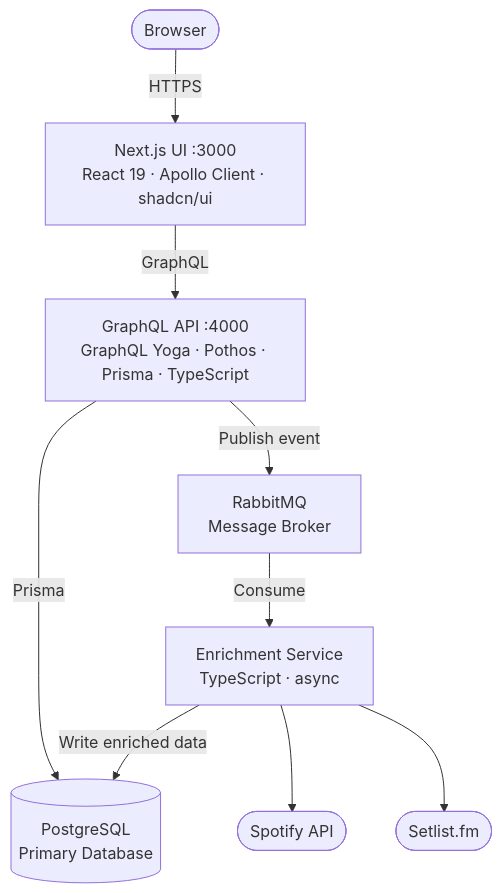
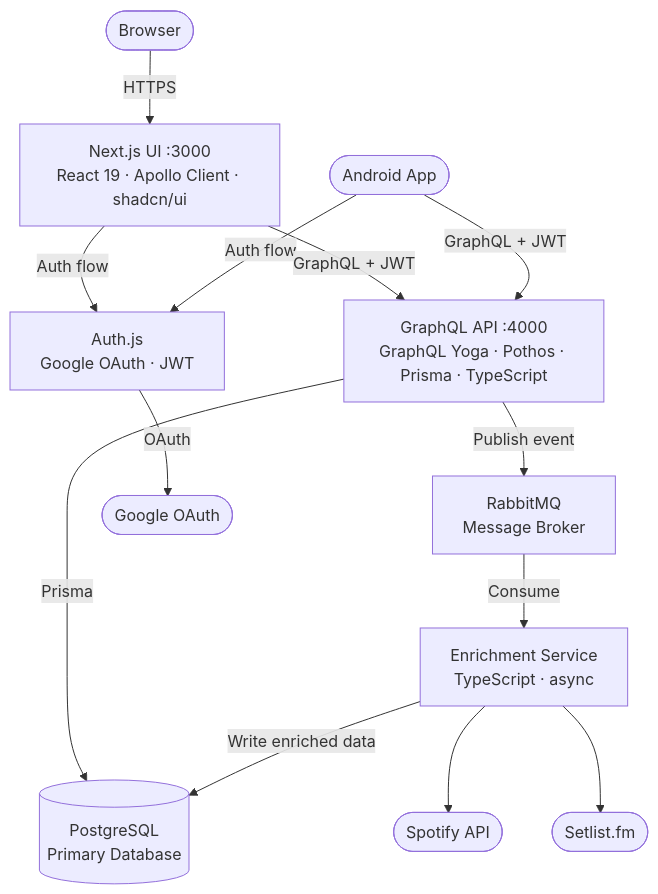
The first of 3 diagrams in docs/ARCHITECTURE.md (boxwhine/the-things-ive-seen), drawn with Mermaid before and after one commit. The commit also changed other lines of this file and 10 other files, not shown here.

````diff
--- a/docs/ARCHITECTURE.md
+++ b/docs/ARCHITECTURE.md
@@ -42,20 +42,27 @@
 ```mermaid
 graph TD
     Browser([Browser])
+    Mobile([Android App])
+    Auth["Auth.js<br/>Google OAuth · JWT"]
     UI["Next.js UI :3000<br/>React 19 · Apollo Client · shadcn/ui"]
     API["GraphQL API :4000<br/>GraphQL Yoga · Pothos · Prisma · TypeScript"]
     DB[("PostgreSQL<br/>Primary Database")]
     MQ["RabbitMQ<br/>Message Broker"]
     ES["Enrichment Service<br/>TypeScript · async"]
     Spotify([Spotify API])
     Setlist([Setlist.fm])
+    Google([Google OAuth])
 
     Browser -->|HTTPS| UI
-    UI -->|GraphQL| API
+    UI -->|Auth flow| Auth
+    Mobile -->|Auth flow| Auth
+    Auth -->|OAuth| Google
+    UI -->|GraphQL + JWT| API
+    Mobile -->|GraphQL + JWT| API
     API -->|Prisma| DB
     API -->|Publish event| MQ
     MQ -->|Consume| ES
     ES --> Spotify
     ES --> Setlist
     ES -->|Write enriched data| DB
 ```
````
